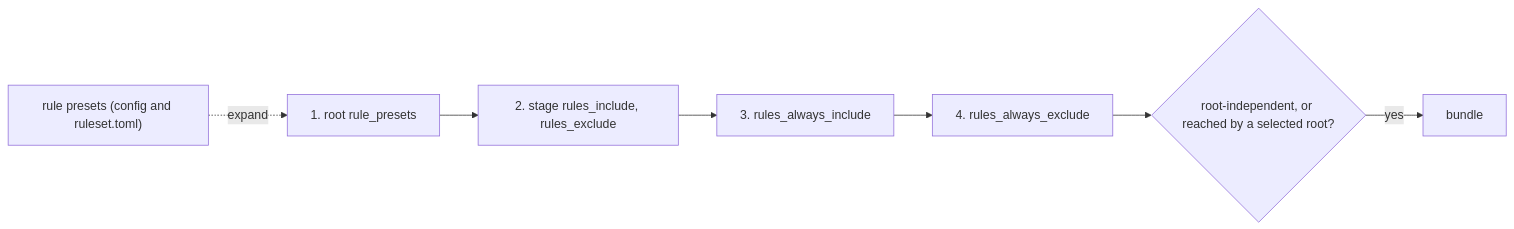
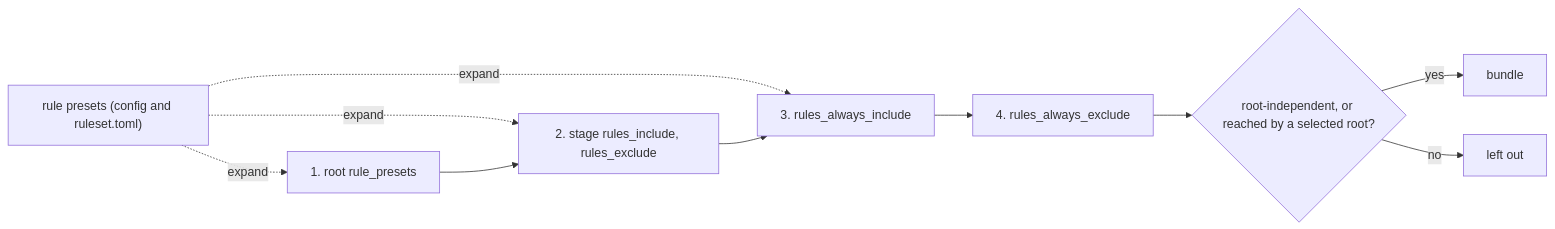
Before and after one commit to msitarz/wio: the second of 2 diagrams in .agents/wio/works/rule-presets/README.md, drawn with Mermaid. The commit also changed other lines of this file, not shown here.

````diff
--- a/.agents/wio/works/rule-presets/README.md
+++ b/.agents/wio/works/rule-presets/README.md
@@ -122,9 +162,12 @@
 ```mermaid
 flowchart LR
     rp["rule presets (config and ruleset.toml)"] -. "expand" .-> l1
+    rp -. "expand" .-> l2
+    rp -. "expand" .-> l3
     l1["1. root rule_presets"] --> l2["2. stage rules_include, rules_exclude"]
     l2 --> l3["3. rules_always_include"]
     l3 --> l4["4. rules_always_exclude"]
     l4 --> elig{"root-independent, or reached by a selected root?"}
     elig -- "yes" --> bundle["bundle"]
+    elig -- "no" --> cut["left out"]
 ```
````
